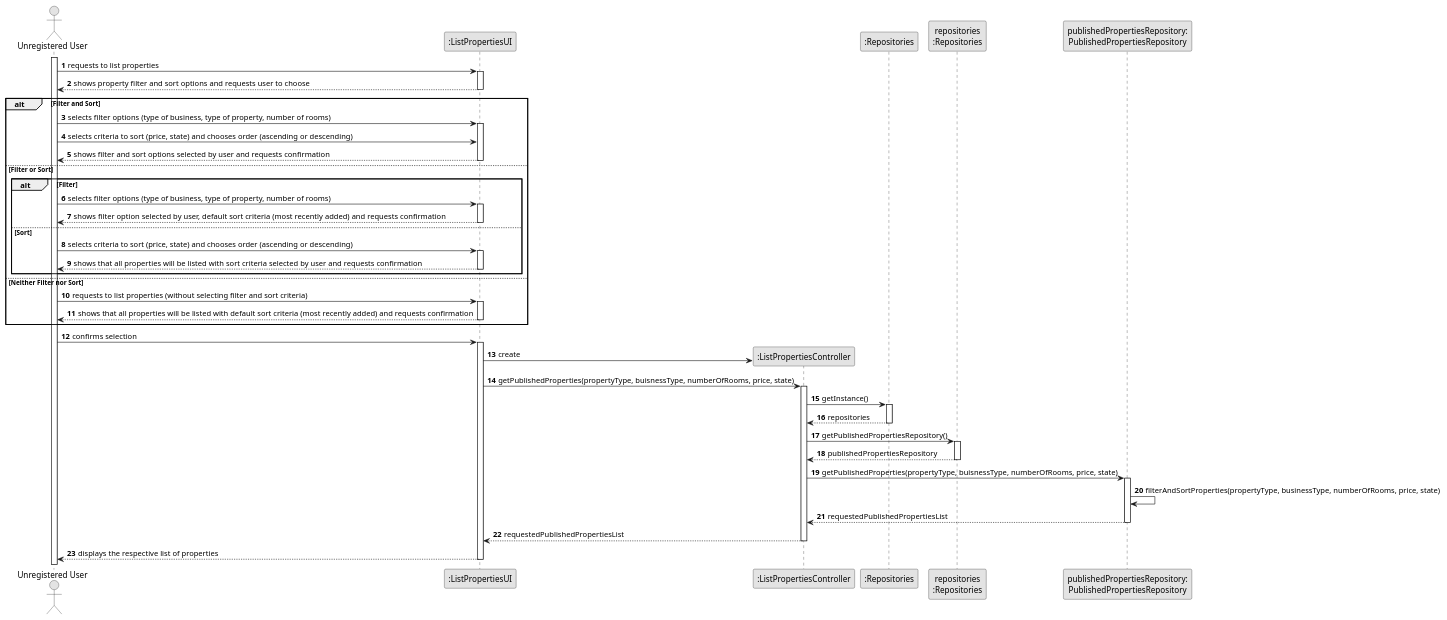
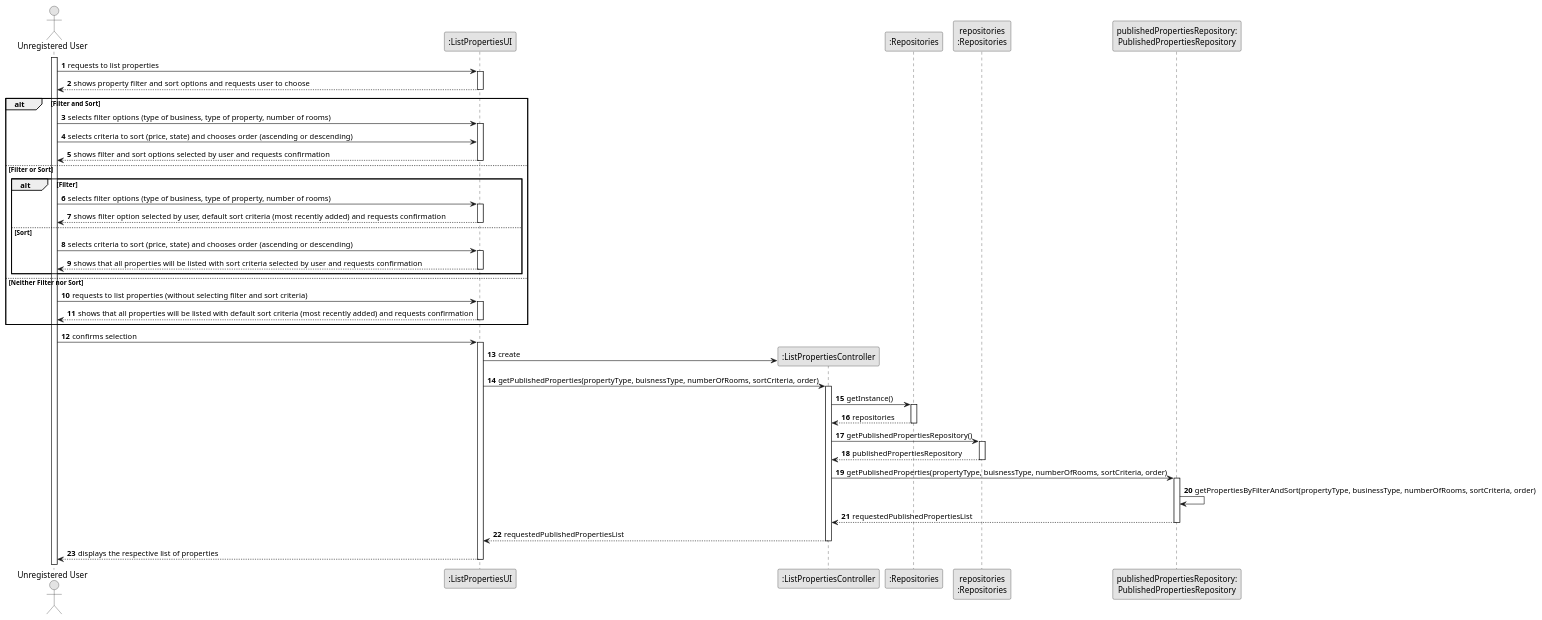
Before and after one commit to Goncalves2525/real-estate-management-system: the diagram in docs/sprintB/us001/03.design/puml/us001-sequence-diagram-full.puml, drawn with PlantUML. The commit also changed 12 other files, not shown here.

```diff
--- a/docs/sprintB/us001/03.design/puml/us001-sequence-diagram-full.puml
+++ b/docs/sprintB/us001/03.design/puml/us001-sequence-diagram-full.puml
@@ -1,101 +1,101 @@
 @startuml
 skinparam monochrome true
 skinparam packageStyle rectangle
 skinparam shadowing false
 
 autonumber
 
 'hide footbox
 actor "Unregistered User" as uUser
 participant ":ListPropertiesUI" as UI
 participant ":ListPropertiesController" as CTRL
 participant ":Repositories" as REPOS
 participant "repositories\n:Repositories" as repos
 participant "publishedPropertiesRepository:\nPublishedPropertiesRepository" as PublishedPropertiesRepository
 
 activate uUser
 
             uUser -> UI : requests to list properties
             activate UI
 
             UI --> uUser : shows property filter and sort options and requests user to choose
 
             deactivate UI
 
 
             alt Filter and Sort
 
                 uUser -> UI : selects filter options (type of business, type of property, number of rooms)
                 activate UI
 
                 uUser -> UI : selects criteria to sort (price, state) and chooses order (ascending or descending)
                 deactivate PublishedPropertiesRepository
 
 
                 UI --> uUser : shows filter and sort options selected by user and requests confirmation
                 deactivate UI
 
             else Filter or Sort
 
                 alt Filter
                     uUser -> UI : selects filter options (type of business, type of property, number of rooms)
                     activate UI
 
                     UI --> uUser: shows filter option selected by user, default sort criteria (most recently added) and requests confirmation
                     deactivate UI
 
                 else Sort
                     uUser -> UI: selects criteria to sort (price, state) and chooses order (ascending or descending)
                     activate UI
 
                     UI --> uUser : shows that all properties will be listed with sort criteria selected by user and requests confirmation
                     deactivate UI
                 end
 
             else Neither Filter nor Sort
                 uUser -> UI : requests to list properties (without selecting filter and sort criteria)
                 activate UI
 
                 UI --> uUser : shows that all properties will be listed with default sort criteria (most recently added) and requests confirmation
                 deactivate UI
 
             end
 
             uUser -> UI : confirms selection
             activate UI
 
             UI -> CTRL** : create
-            UI -> CTRL : getPublishedProperties(propertyType, buisnessType, numberOfRooms, price, state)
+            UI -> CTRL : getPublishedProperties(propertyType, buisnessType, numberOfRooms, sortCriteria, order)
 
             activate CTRL
 
             CTRL -> REPOS : getInstance()
             activate REPOS
 
             REPOS --> CTRL: repositories
             deactivate REPOS
 
             CTRL -> repos : getPublishedPropertiesRepository()
             activate repos
 
             repos --> CTRL: publishedPropertiesRepository
             deactivate repos
 
-            CTRL -> PublishedPropertiesRepository : getPublishedProperties(propertyType, buisnessType, numberOfRooms, price, state)
+            CTRL -> PublishedPropertiesRepository : getPublishedProperties(propertyType, buisnessType, numberOfRooms, sortCriteria, order)
             activate PublishedPropertiesRepository
 
-            PublishedPropertiesRepository -> PublishedPropertiesRepository : filterAndSortProperties(propertyType, businessType, numberOfRooms, price, state)
+            PublishedPropertiesRepository -> PublishedPropertiesRepository : getPropertiesByFilterAndSort(propertyType, businessType, numberOfRooms, sortCriteria, order)
 
             PublishedPropertiesRepository --> CTRL : requestedPublishedPropertiesList
             deactivate PublishedPropertiesRepository
 
             CTRL --> UI : requestedPublishedPropertiesList
             deactivate CTRL
 
             UI --> uUser : displays the respective list of properties
             deactivate UI
 
 
 
 
 @enduml
```
